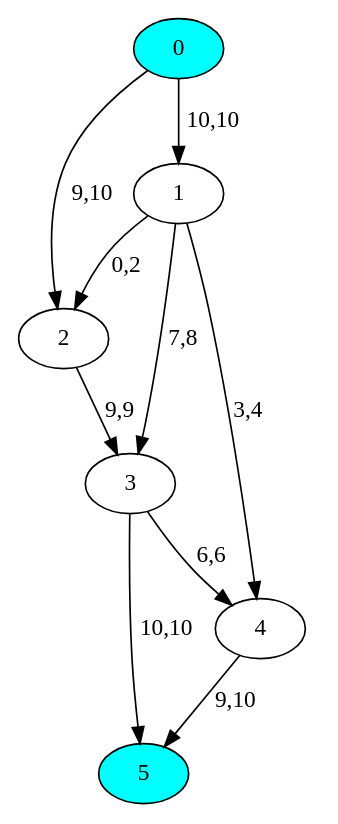
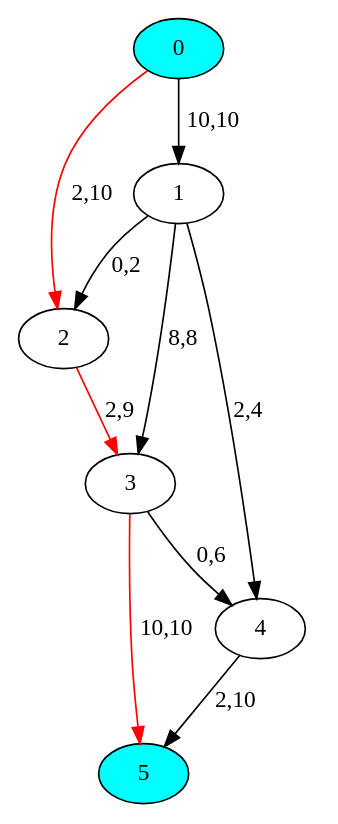
One commit to dinhphucaz52/Ford---Furkerson changed the diagram in test.dot. Above: the diagram before and after it, drawn with Graphviz. The commit also changed 3 other files, not shown here.

```diff
--- a/test.dot
+++ b/test.dot
@@ -1,21 +1,21 @@
+/*
+8 : 0 1 3 5 
+2 : 0 1 4 5 
+2 : 0 2 3 5 
+6 : 0 2 3 4 5 
+1 : 0 2 3 1 4 5 
+*/
 digraph G {
-    0 [fillcolor = aqua;style = "filled";];
-    5 [fillcolor = aqua;style = "filled";];
-    0 -> 1 [label="10,10"]
-    0 -> 2 [label="9,10"]
-    1 -> 2 [label="0,2"]
-    2 -> 3 [label="9,9"]
-    1 -> 3 [label="7,8"]
-    1 -> 4 [label="3,4"]
-    4 -> 5 [label="9,10"]
-    3 -> 4 [label="6,6"]
-    3 -> 5 [label="10,10"]
-    0 -> 4 [style=invis]
+0 [fillcolor = aqua;style = "filled";];
+5 [fillcolor = aqua;style = "filled";];
+0 -> 1 [label="10,10"]
+0 -> 2 [color=red][label="2,10"]
+1 -> 2 [label="0,2"]
+2 -> 3 [color=red][label="2,9"]
+1 -> 3 [label="8,8"]
+1 -> 4 [label="2,4"]
+4 -> 5 [label="2,10"]
+3 -> 4 [label="0,6"]
+3 -> 5 [color=red][label="10,10"]
+0 -> 4 [style = invis;];
 }
-/**
- * 8 : 0 1 3 5
- * 2 : 0 1 4 5
- * 2 : 0 2 3 5
- * 6 : 0 2 3 4 5
- * 1 : 0 2 3 1 4 5
- */
```
